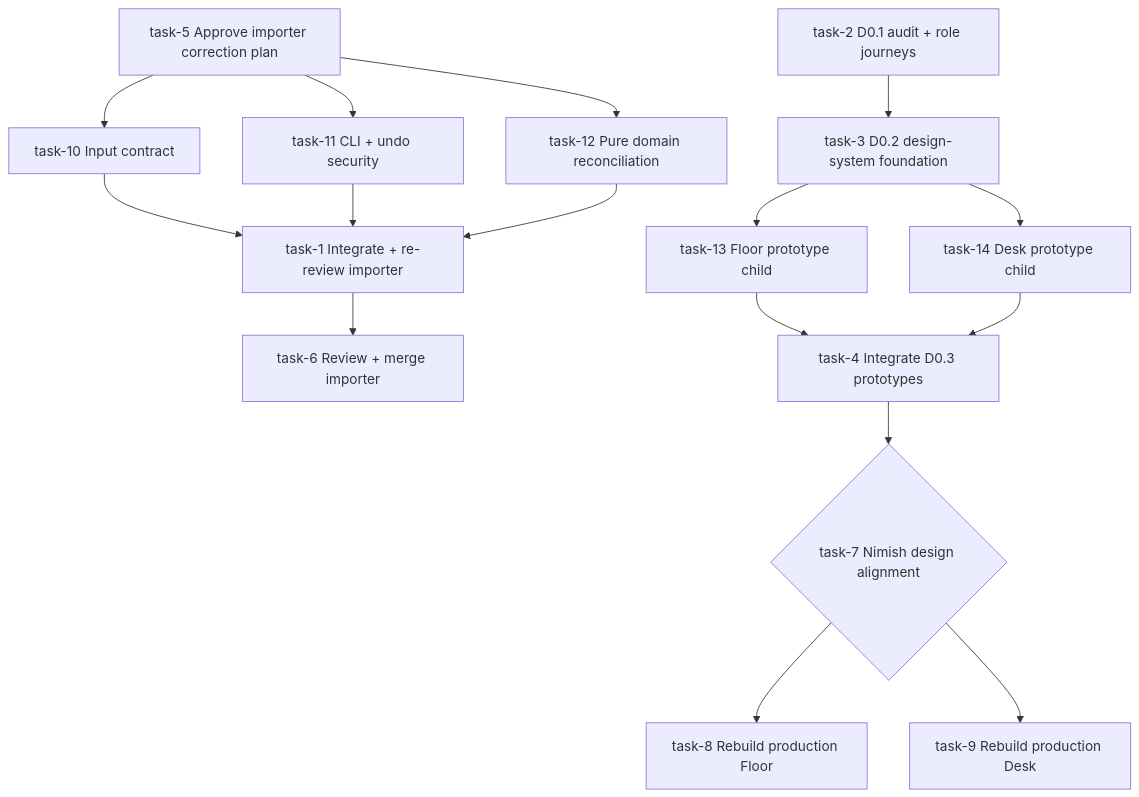
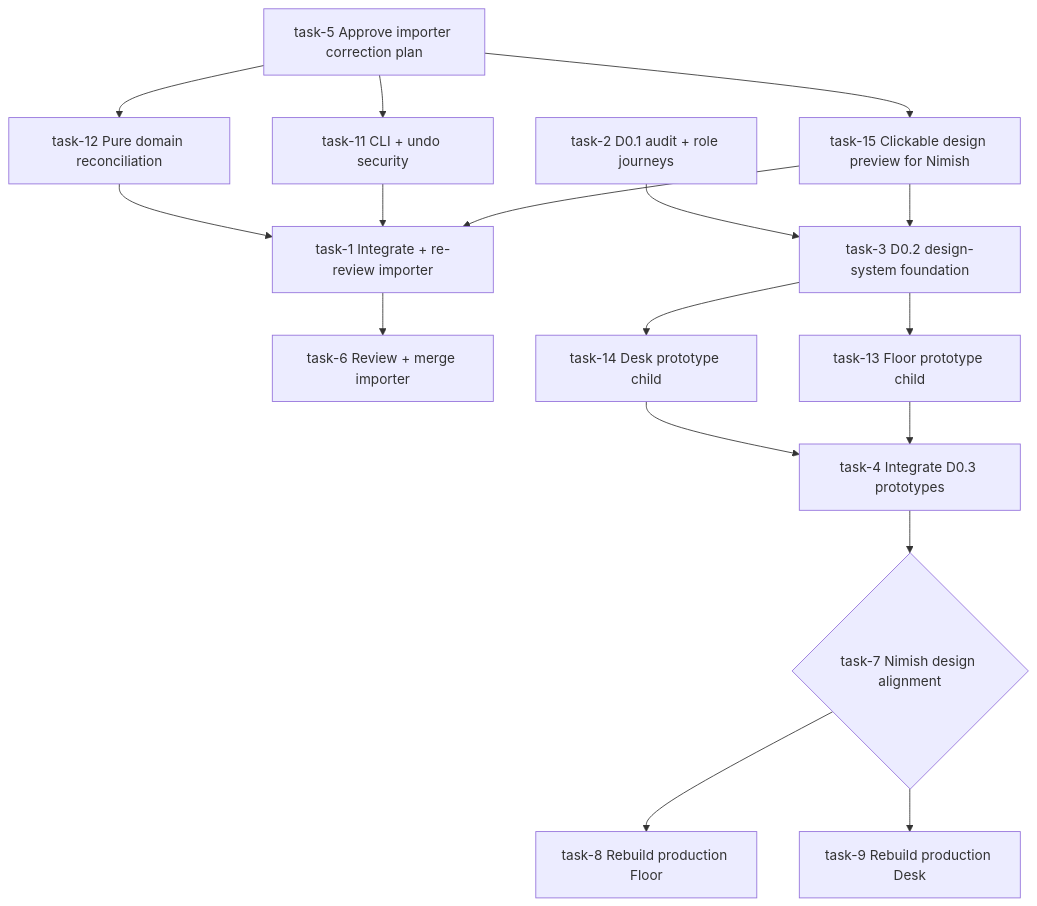
Before and after one commit to nimishshah1989/argus: the diagram in docs/plan/EXECUTION.md, drawn with Mermaid. The commit also changed other lines of this file, not shown here.

Commit message:
docs: put the clickable preview first

````diff
--- a/docs/plan/EXECUTION.md
+++ b/docs/plan/EXECUTION.md
@@ -20,19 +21,20 @@
 ```mermaid
 flowchart TD
   P[task-5 Approve importer correction plan] --> V[task-10 Input contract]
   P --> U[task-11 CLI + undo security]
   P --> C[task-12 Pure domain reconciliation]
   V --> I[task-1 Integrate + re-review importer]
   U --> I
   C --> I
   I --> M[task-6 Review + merge importer]
 
-  A[task-2 D0.1 audit + role journeys] --> S[task-3 D0.2 design-system foundation]
+  V[task-15 Clickable design preview for Nimish] --> S[task-3 D0.2 design-system foundation]
+  A[task-2 D0.1 audit + role journeys] --> S
   S --> FP[task-13 Floor prototype child]
   S --> DP[task-14 Desk prototype child]
   FP --> D[task-4 Integrate D0.3 prototypes]
   DP --> D
   D --> G{task-7 Nimish design alignment}
   G --> F[task-8 Rebuild production Floor]
   G --> K[task-9 Rebuild production Desk]
 ```
````
